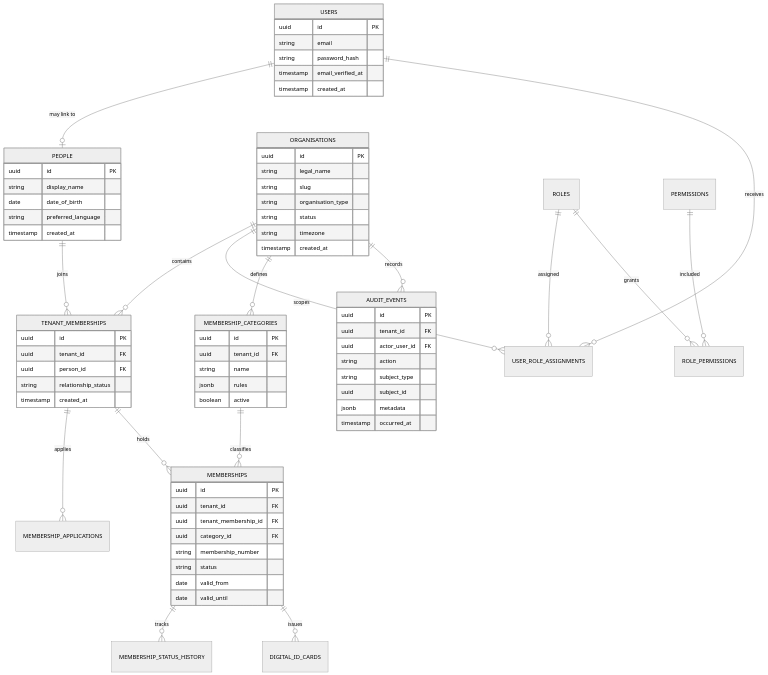
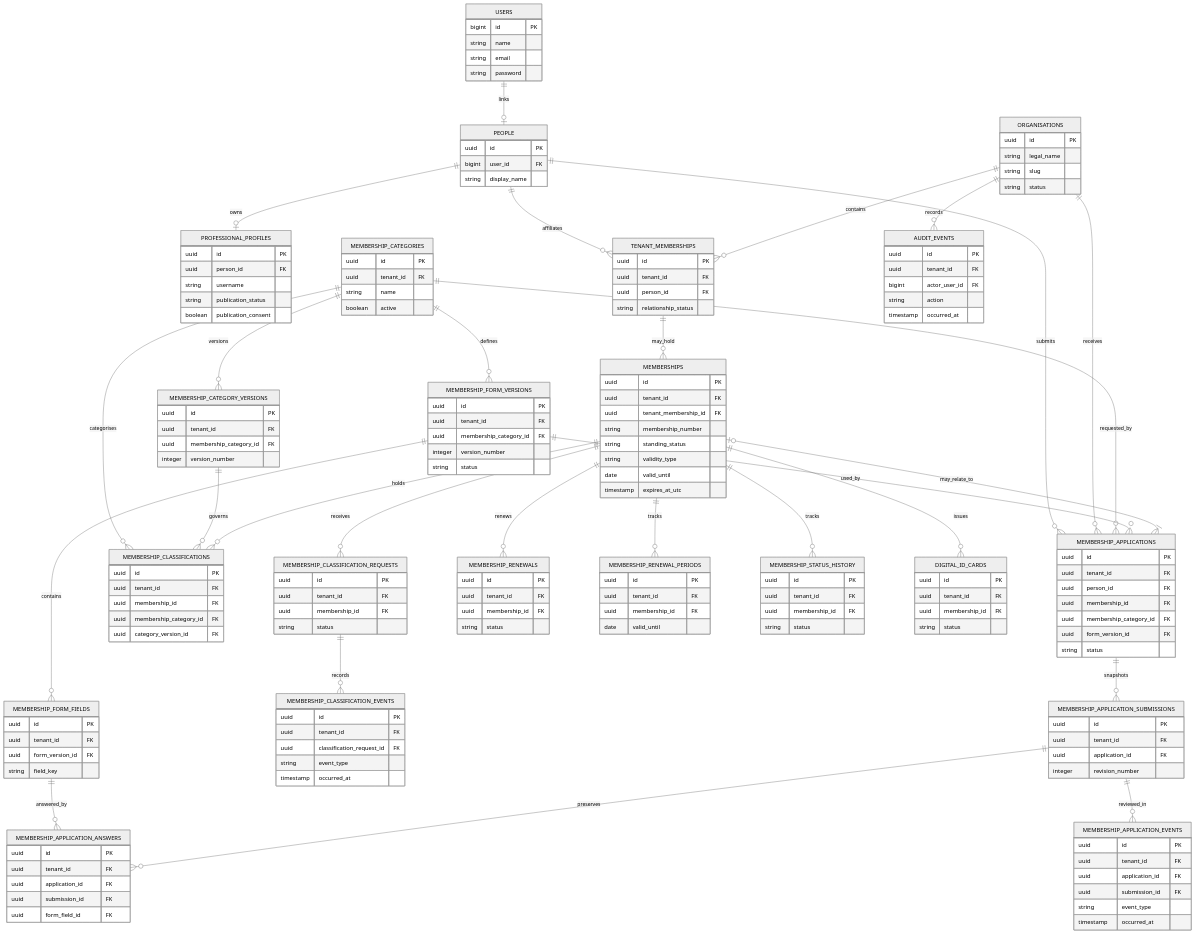
Before and after one commit to GenPrimeMedias/FILMUNITY: the first of 2 diagrams in docs/database/DATABASE_ARCHITECTURE.md, drawn with Mermaid (neutral theme). The commit also changed other lines of this file and 341 other files, not shown here.

````diff
--- a/docs/database/DATABASE_ARCHITECTURE.md
+++ b/docs/database/DATABASE_ARCHITECTURE.md
@@ -88,76 +337,199 @@
 ```mermaid
 erDiagram
-    USERS ||--o| PEOPLE : "may link to"
+    USERS ||--o| PEOPLE : links
+    PEOPLE ||--o| PROFESSIONAL_PROFILES : owns
+    PEOPLE ||--o{ TENANT_MEMBERSHIPS : affiliates
     ORGANISATIONS ||--o{ TENANT_MEMBERSHIPS : contains
-    PEOPLE ||--o{ TENANT_MEMBERSHIPS : joins
-    USERS ||--o{ USER_ROLE_ASSIGNMENTS : receives
-    ORGANISATIONS ||--o{ USER_ROLE_ASSIGNMENTS : scopes
-    ROLES ||--o{ USER_ROLE_ASSIGNMENTS : assigned
-    ROLES ||--o{ ROLE_PERMISSIONS : grants
-    PERMISSIONS ||--o{ ROLE_PERMISSIONS : included
-    ORGANISATIONS ||--o{ MEMBERSHIP_CATEGORIES : defines
-    TENANT_MEMBERSHIPS ||--o{ MEMBERSHIP_APPLICATIONS : applies
-    TENANT_MEMBERSHIPS ||--o{ MEMBERSHIPS : holds
-    MEMBERSHIP_CATEGORIES ||--o{ MEMBERSHIPS : classifies
+    PEOPLE ||--o{ MEMBERSHIP_APPLICATIONS : submits
+    ORGANISATIONS ||--o{ MEMBERSHIP_APPLICATIONS : receives
+    MEMBERSHIP_CATEGORIES ||--o{ MEMBERSHIP_FORM_VERSIONS : defines
+    MEMBERSHIP_CATEGORIES ||--o{ MEMBERSHIP_APPLICATIONS : requested_by
+    MEMBERSHIP_FORM_VERSIONS ||--o{ MEMBERSHIP_FORM_FIELDS : contains
+    MEMBERSHIP_FORM_VERSIONS ||--o{ MEMBERSHIP_APPLICATIONS : used_by
+    MEMBERSHIP_FORM_FIELDS ||--o{ MEMBERSHIP_APPLICATION_ANSWERS : answered_by
+
+    MEMBERSHIPS o|--|{ MEMBERSHIP_APPLICATIONS : may_relate_to
+    TENANT_MEMBERSHIPS ||--o{ MEMBERSHIPS : may_hold
+    MEMBERSHIP_CATEGORIES ||--o{ MEMBERSHIP_CATEGORY_VERSIONS : versions
+    MEMBERSHIP_CATEGORIES ||--o{ MEMBERSHIP_CLASSIFICATIONS : categorises
+    MEMBERSHIP_CATEGORY_VERSIONS ||--o{ MEMBERSHIP_CLASSIFICATIONS : governs
+    MEMBERSHIPS ||--o{ MEMBERSHIP_CLASSIFICATIONS : holds
+    MEMBERSHIPS ||--o{ MEMBERSHIP_CLASSIFICATION_REQUESTS : receives
+    MEMBERSHIP_CLASSIFICATION_REQUESTS ||--o{ MEMBERSHIP_CLASSIFICATION_EVENTS : records
+    MEMBERSHIPS ||--o{ MEMBERSHIP_RENEWALS : renews
+    MEMBERSHIPS ||--o{ MEMBERSHIP_RENEWAL_PERIODS : tracks
+    MEMBERSHIP_APPLICATIONS ||--o{ MEMBERSHIP_APPLICATION_SUBMISSIONS : snapshots
+    MEMBERSHIP_APPLICATION_SUBMISSIONS ||--o{ MEMBERSHIP_APPLICATION_ANSWERS : preserves
+    MEMBERSHIP_APPLICATION_SUBMISSIONS ||--o{ MEMBERSHIP_APPLICATION_EVENTS : reviewed_in
     MEMBERSHIPS ||--o{ MEMBERSHIP_STATUS_HISTORY : tracks
     MEMBERSHIPS ||--o{ DIGITAL_ID_CARDS : issues
     ORGANISATIONS ||--o{ AUDIT_EVENTS : records
 
     USERS {
-      uuid id PK
-      string email
-      string password_hash
-      timestamp email_verified_at
-      timestamp created_at
+        bigint id PK
+        string name
+        string email
+        string password
     }
+
     PEOPLE {
-      uuid id PK
-      string display_name
-      date date_of_birth
-      string preferred_language
-      timestamp created_at
+        uuid id PK
+        bigint user_id FK
+        string display_name
     }
+
+    PROFESSIONAL_PROFILES {
+        uuid id PK
+        uuid person_id FK
+        string username
+        string publication_status
+        boolean publication_consent
+    }
+
     ORGANISATIONS {
-      uuid id PK
-      string legal_name
-      string slug
-      string organisation_type
-      string status
-      string timezone
-      timestamp created_at
+        uuid id PK
+        string legal_name
+        string slug
+        string status
     }
+
     TENANT_MEMBERSHIPS {
-      uuid id PK
-      uuid tenant_id FK
-      uuid person_id FK
-      string relationship_status
-      timestamp created_at
+        uuid id PK
+        uuid tenant_id FK
+        uuid person_id FK
+        string relationship_status
     }
+
+    MEMBERSHIP_FORM_VERSIONS {
+        uuid id PK
+        uuid tenant_id FK
+        uuid membership_category_id FK
+        integer version_number
+        string status
+    }
+
+    MEMBERSHIP_FORM_FIELDS {
+        uuid id PK
+        uuid tenant_id FK
+        uuid form_version_id FK
+        string field_key
+    }
+
+    MEMBERSHIP_APPLICATIONS {
+        uuid id PK
+        uuid tenant_id FK
+        uuid person_id FK
+        uuid membership_id FK
+        uuid membership_category_id FK
+        uuid form_version_id FK
+        string status
+    }
+
+    MEMBERSHIP_APPLICATION_ANSWERS {
+        uuid id PK
+        uuid tenant_id FK
+        uuid application_id FK
+        uuid submission_id FK
+        uuid form_field_id FK
+    }
+
+    MEMBERSHIP_APPLICATION_EVENTS {
+        uuid id PK
+        uuid tenant_id FK
+        uuid application_id FK
+        uuid submission_id FK
+        string event_type
+        timestamp occurred_at
+    }
+
     MEMBERSHIP_CATEGORIES {
-      uuid id PK
-      uuid tenant_id FK
-      string name
-      jsonb rules
-      boolean active
+        uuid id PK
+        uuid tenant_id FK
+        string name
+        boolean active
     }
+
     MEMBERSHIPS {
-      uuid id PK
-      uuid tenant_id FK
-      uuid tenant_membership_id FK
-      uuid category_id FK
-      string membership_number
-      string status
-      date valid_from
-      date valid_until
+        uuid id PK
+        uuid tenant_id FK
+        uuid tenant_membership_id FK
+        string membership_number
+        string standing_status
+        string validity_type
+        date valid_until
+        timestamp expires_at_utc
     }
+
+    MEMBERSHIP_CATEGORY_VERSIONS {
+        uuid id PK
+        uuid tenant_id FK
+        uuid membership_category_id FK
+        integer version_number
+    }
+
+    MEMBERSHIP_CLASSIFICATIONS {
+        uuid id PK
+        uuid tenant_id FK
+        uuid membership_id FK
+        uuid membership_category_id FK
+        uuid category_version_id FK
+    }
+
+    MEMBERSHIP_CLASSIFICATION_REQUESTS {
+        uuid id PK
+        uuid tenant_id FK
+        uuid membership_id FK
+        string status
+    }
+
+    MEMBERSHIP_CLASSIFICATION_EVENTS {
+        uuid id PK
+        uuid tenant_id FK
+        uuid classification_request_id FK
+        string event_type
+        timestamp occurred_at
+    }
+
+    MEMBERSHIP_RENEWALS {
+        uuid id PK
+        uuid tenant_id FK
+        uuid membership_id FK
+        string status
+    }
+
+    MEMBERSHIP_RENEWAL_PERIODS {
+        uuid id PK
+        uuid tenant_id FK
+        uuid membership_id FK
+        date valid_until
+    }
+
+    MEMBERSHIP_APPLICATION_SUBMISSIONS {
+        uuid id PK
+        uuid tenant_id FK
+        uuid application_id FK
+        integer revision_number
+    }
+
+    MEMBERSHIP_STATUS_HISTORY {
+        uuid id PK
+        uuid tenant_id FK
+        uuid membership_id FK
+        string status
+    }
+
+    DIGITAL_ID_CARDS {
+        uuid id PK
+        uuid tenant_id FK
+        uuid membership_id FK
+        string status
+    }
+
     AUDIT_EVENTS {
-      uuid id PK
-      uuid tenant_id FK
-      uuid actor_user_id FK
-      string action
-      string subject_type
-      uuid subject_id
-      jsonb metadata
-      timestamp occurred_at
+        uuid id PK
+        uuid tenant_id FK
+        bigint actor_user_id FK
+        string action
+        timestamp occurred_at
     }
 ```
````
